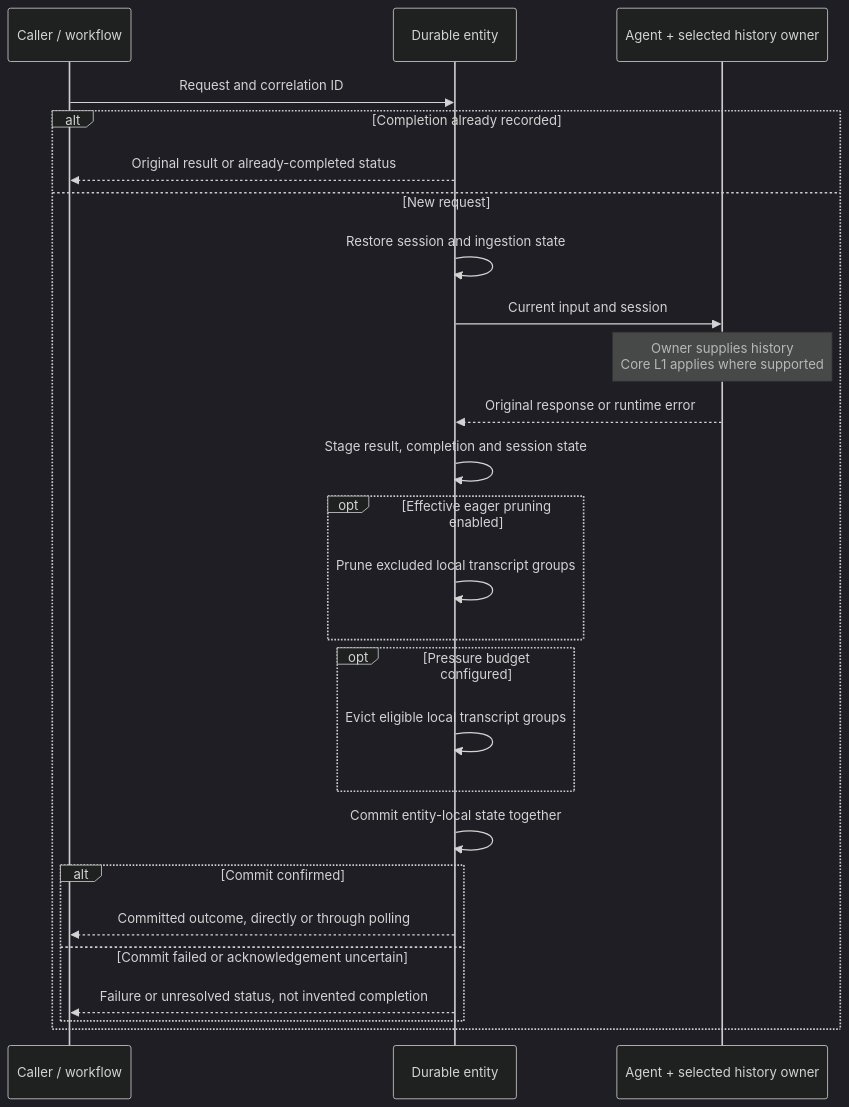
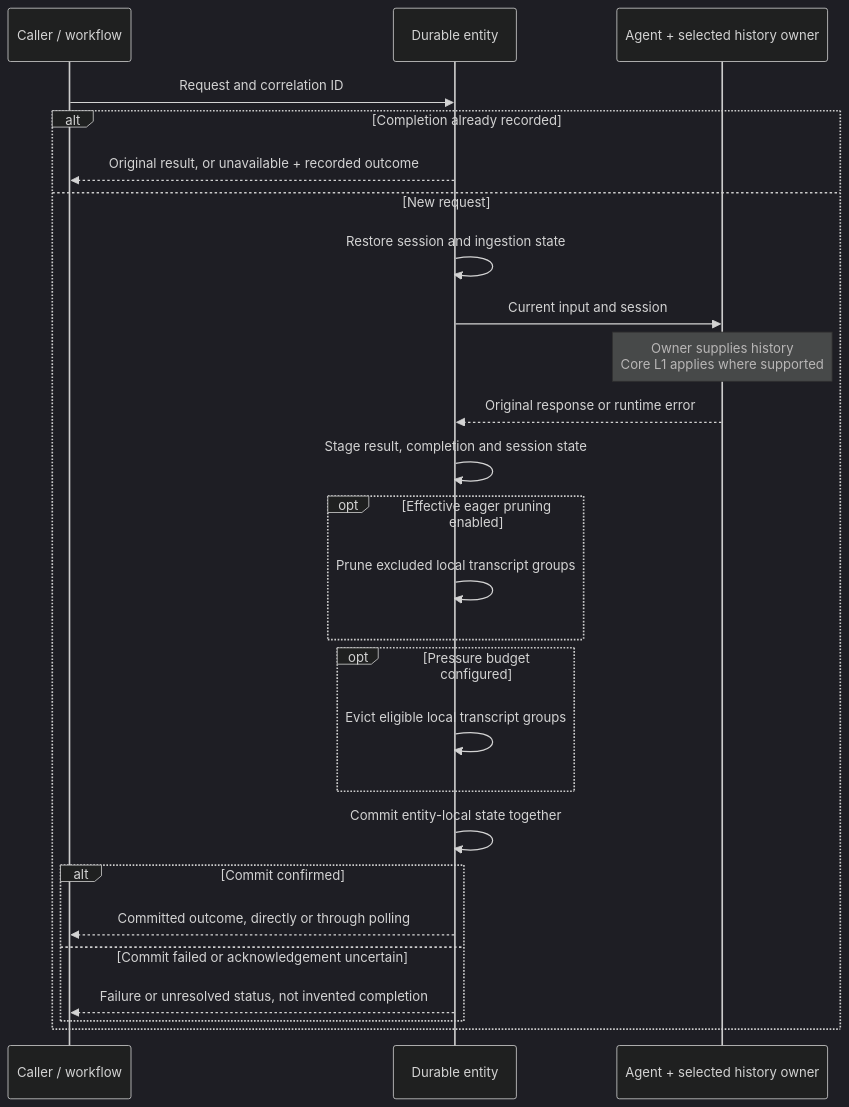
Before and after one commit to microsoft/agent-framework-durable-extension: the fourth of 6 diagrams in docs/decisions/0032-durable-thread-compaction.md, drawn with Mermaid (dark theme). The commit also changed other lines of this file, not shown here.

````diff
--- a/docs/decisions/0032-durable-thread-compaction.md
+++ b/docs/decisions/0032-durable-thread-compaction.md
@@ -294,28 +308,28 @@
 ```mermaid
 sequenceDiagram
   participant C as Caller / workflow
   participant E as Durable entity
   participant A as Agent + selected history owner
   C->>E: Request and correlation ID
   alt Completion already recorded
-    E-->>C: Original result or already-completed status
+    E-->>C: Original result, or unavailable + recorded outcome
   else New request
     E->>E: Restore session and ingestion state
     E->>A: Current input and session
     Note over A: Owner supplies history<br/>Core L1 applies where supported
     A-->>E: Original response or runtime error
     E->>E: Stage result, completion and session state
     opt Effective eager pruning enabled
       E->>E: Prune excluded local transcript groups
     end
     opt Pressure budget configured
       E->>E: Evict eligible local transcript groups
     end
     E->>E: Commit entity-local state together
     alt Commit confirmed
       E-->>C: Committed outcome, directly or through polling
     else Commit failed or acknowledgement uncertain
       E-->>C: Failure or unresolved status, not invented completion
     end
   end
 ```
````
